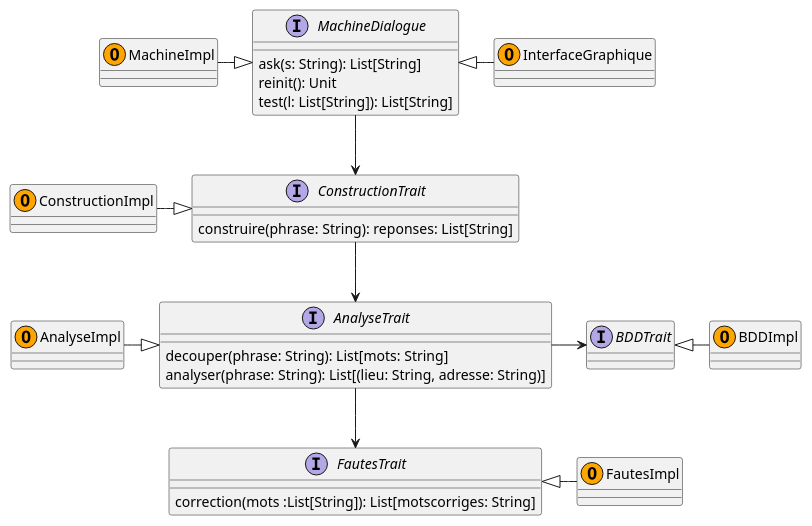
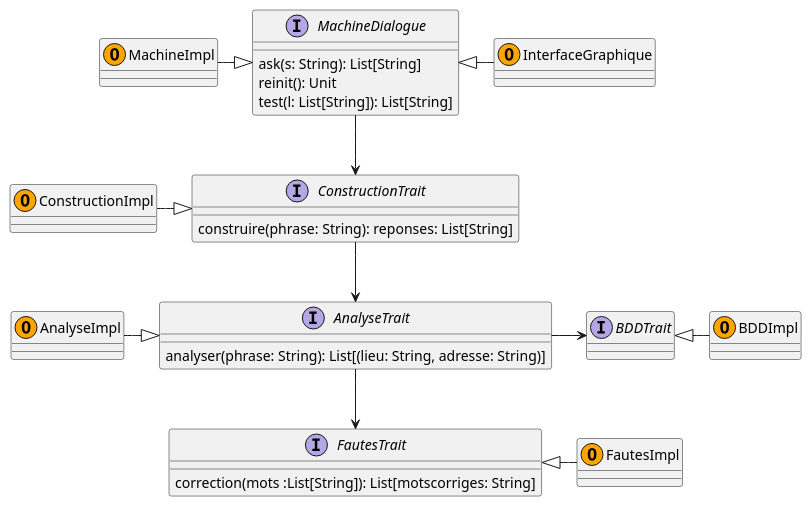
Before and after one commit to mathisglt/AvatarBacchus: the diagram in src/main/scala/diagramme/diag_imp.plantuml, drawn with PlantUML.

Commit message:
maj diagramme UML

```diff
--- a/src/main/scala/diagramme/diag_imp.plantuml
+++ b/src/main/scala/diagramme/diag_imp.plantuml
@@ -1,50 +1,49 @@
 @startuml Avatar
 
 interface BDDTrait{
 	
 }
 
 interface MachineDialogue {
 	ask(s: String): List[String]
 	reinit(): Unit
 	test(l: List[String]): List[String]
 }
 
 interface ConstructionTrait{
 	construire(phrase: String): reponses: List[String]
 }
 	
 interface InterfaceGraphique{
 	
 }
 
 interface FautesTrait{
 	correction(mots :List[String]): List[motscorriges: String]
 }
 
 interface AnalyseTrait{
-	decouper(phrase: String): List[mots: String]
 	analyser(phrase: String): List[(lieu: String, adresse: String)]
 }
 
 
 class MachineImpl <<(O,Orange)>>
 class InterfaceGraphique <<(O,Orange)>>
 class ConstructionImpl <<(O,Orange)>>
 class AnalyseImpl <<(O,Orange)>>
 class BDDImpl <<(O,Orange)>>
 class FautesImpl <<(O,Orange)>>
 
 MachineImpl -|> MachineDialogue
 MachineDialogue <|- InterfaceGraphique
 BDDTrait <|-  BDDImpl 
 ConstructionImpl -|>  ConstructionTrait
 AnalyseImpl -|>  AnalyseTrait 
 FautesTrait <|-  FautesImpl 
 
 MachineDialogue --> ConstructionTrait
 ConstructionTrait --> AnalyseTrait
 AnalyseTrait -> BDDTrait
 AnalyseTrait --> FautesTrait
 
 @enduml
```
